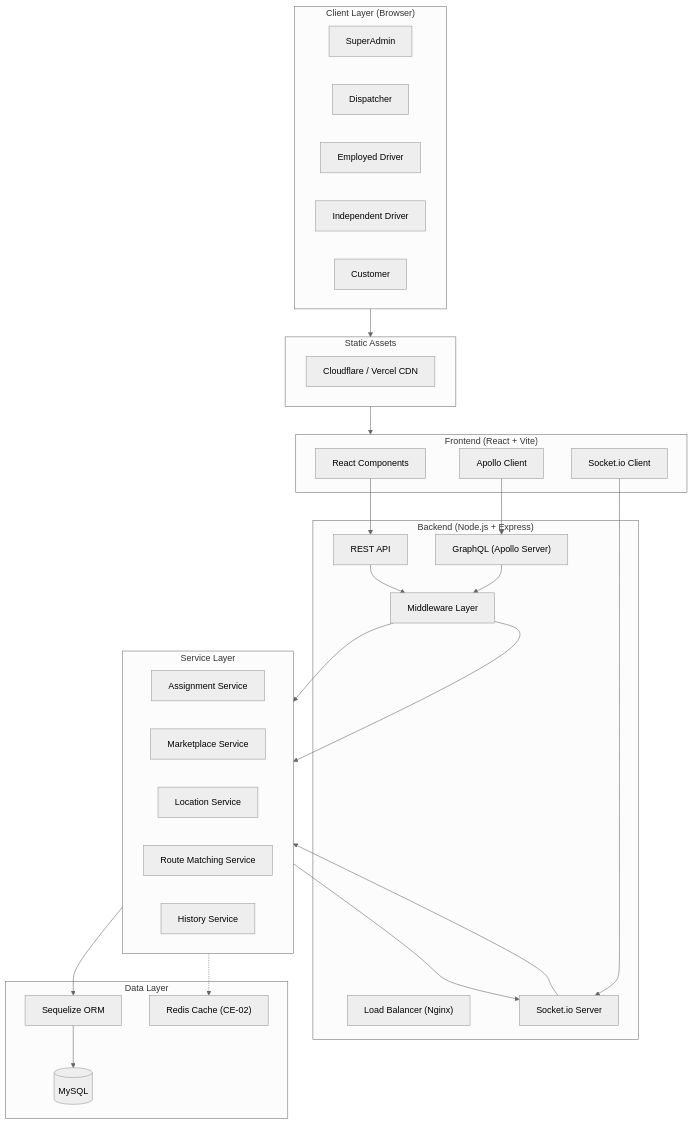
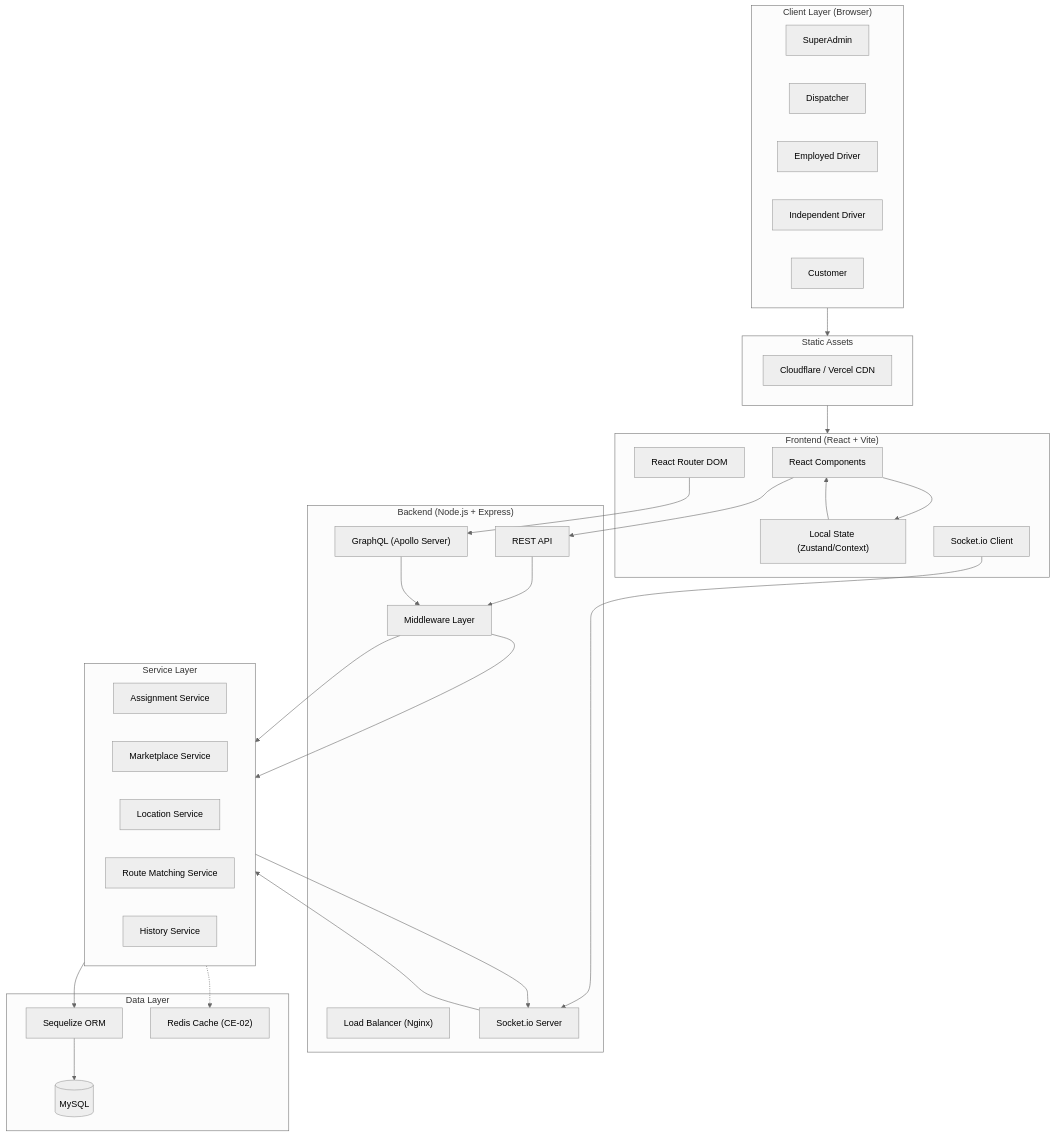
One commit to arsh342/dispatchCore changed the first of 15 diagrams in docs/system_design.md. Above: the diagram before and after it, drawn with Mermaid (neutral theme). The commit also changed other lines of this file and 159 other files, not shown here.

````diff
--- a/docs/system_design.md
+++ b/docs/system_design.md
@@ -110,53 +109,56 @@
 ```mermaid
 graph TB
     subgraph Clients["Client Layer (Browser)"]
         SA["SuperAdmin"]
         DD["Dispatcher"]
         ED["Employed Driver"]
         ID["Independent Driver"]
         CT["Customer"]
     end
 
     subgraph CDN["Static Assets"]
         CF["Cloudflare / Vercel CDN"]
     end
 
     subgraph Frontend["Frontend (React + Vite)"]
         RC["React Components"]
-        AP["Apollo Client"]
+        RTK["Local State (Zustand/Context)"]
+        AP["React Router DOM"]
         SC["Socket.io Client"]
     end
 
     subgraph Backend["Backend (Node.js + Express)"]
         LB["Load Balancer (Nginx)"]
         REST["REST API"]
         GQL["GraphQL (Apollo Server)"]
         WS["Socket.io Server"]
         MW["Middleware Layer"]
     end
 
     subgraph Services["Service Layer"]
         AS["Assignment Service"]
         MS["Marketplace Service"]
         LS["Location Service"]
         RMS["Route Matching Service"]
         HS["History Service"]
     end
 
     subgraph Data["Data Layer"]
         ORM["Sequelize ORM"]
         DB[(MySQL)]
         CACHE["Redis Cache (CE-02)"]
     end
 
     Clients --> CDN --> Frontend
+    RC --> RTK
+    RTK --> RC
     RC --> REST
     AP --> GQL
     SC --> WS
     REST --> MW --> Services
     GQL --> MW --> Services
     WS --> Services
     Services --> ORM --> DB
     Services -.-> CACHE
     Services --> WS
 ```
````
